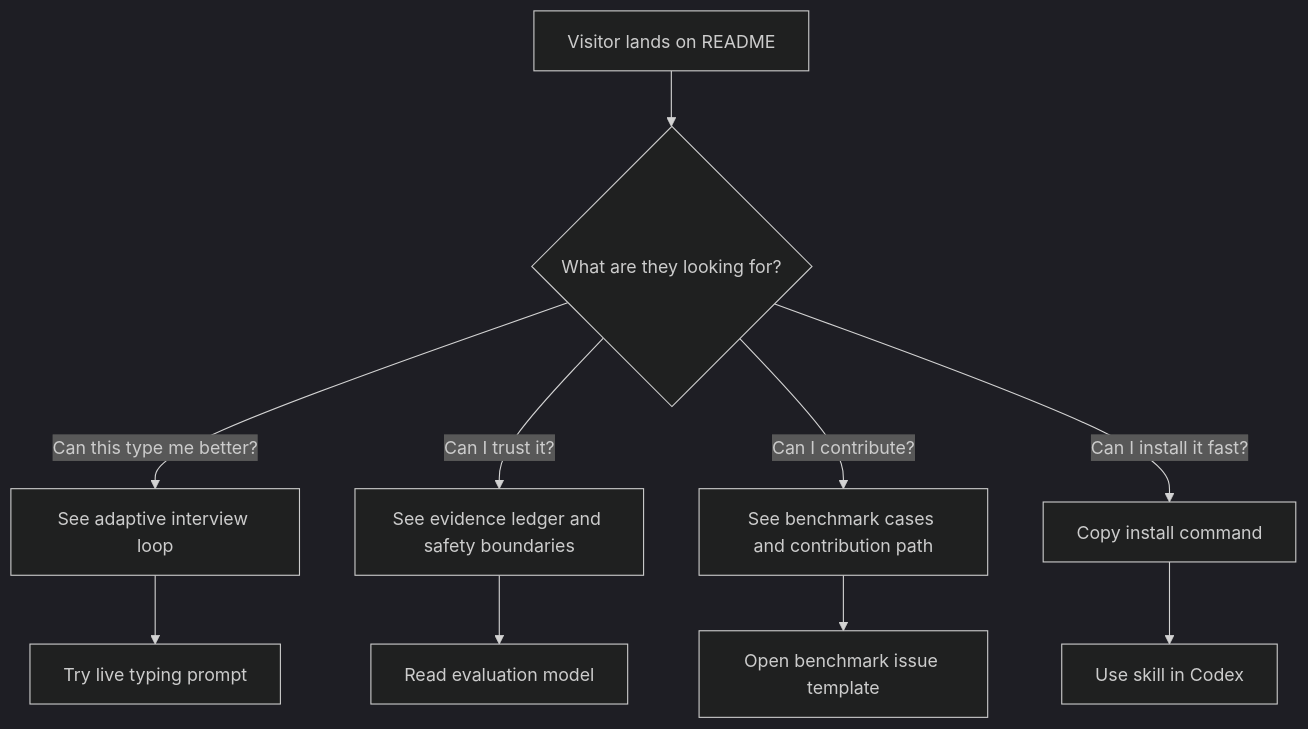
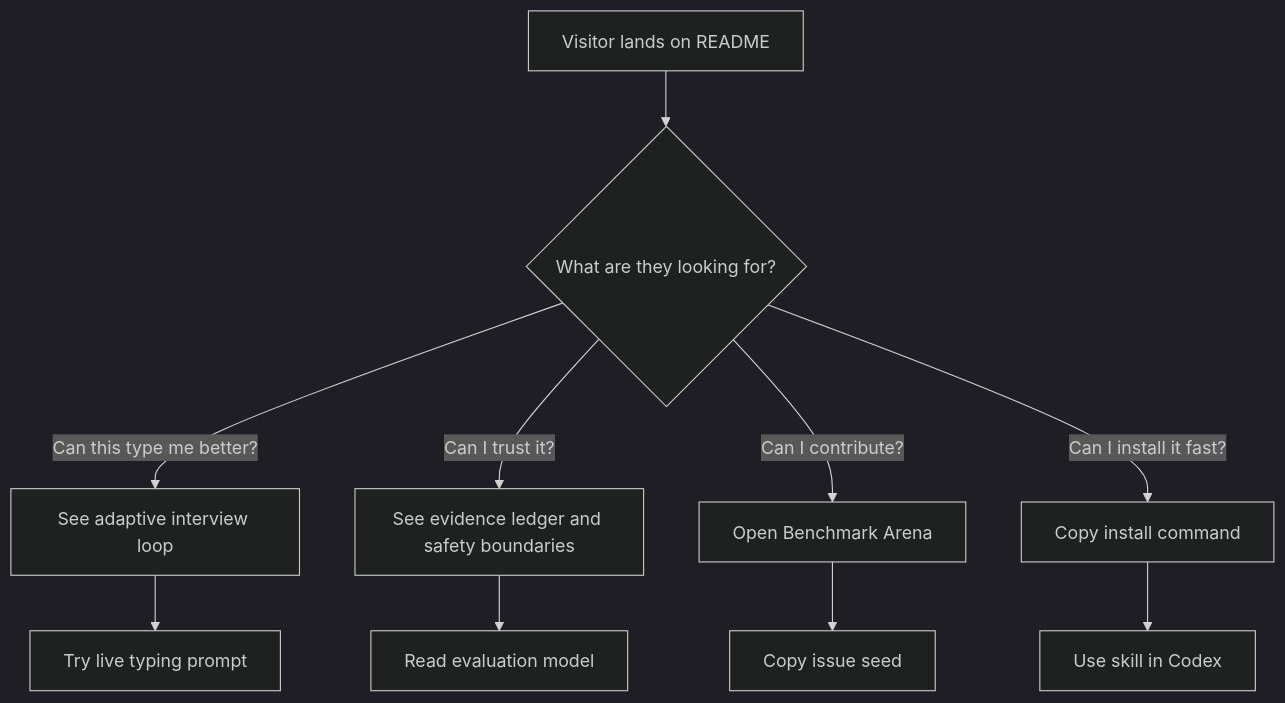
One commit to Zaoqu-Liu/mbti-typing-skill changed the diagram in docs/github-ux.md. Above: the diagram before and after it, drawn with Mermaid (dark theme). The commit also changed other lines of this file and 12 other files, not shown here.

Commit message:
Add benchmark arena case gallery

````diff
--- a/docs/github-ux.md
+++ b/docs/github-ux.md
@@ -30,12 +31,12 @@
 ```mermaid
 flowchart TD
     A[Visitor lands on README] --> B{What are they looking for?}
     B -->|Can this type me better?| C[See adaptive interview loop]
     B -->|Can I trust it?| D[See evidence ledger and safety boundaries]
-    B -->|Can I contribute?| E[See benchmark cases and contribution path]
+    B -->|Can I contribute?| E[Open Benchmark Arena]
     B -->|Can I install it fast?| F[Copy install command]
     C --> G[Try live typing prompt]
     D --> H[Read evaluation model]
-    E --> I[Open benchmark issue template]
+    E --> I[Copy issue seed]
     F --> J[Use skill in Codex]
 ```
````
